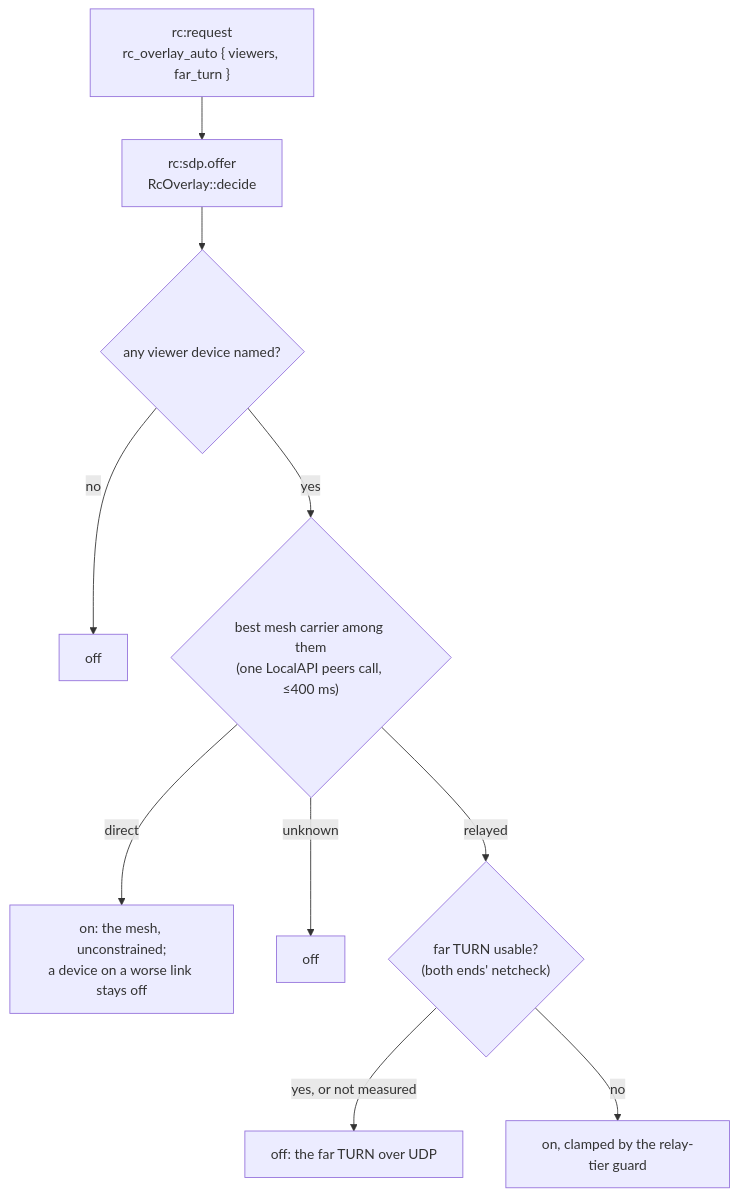
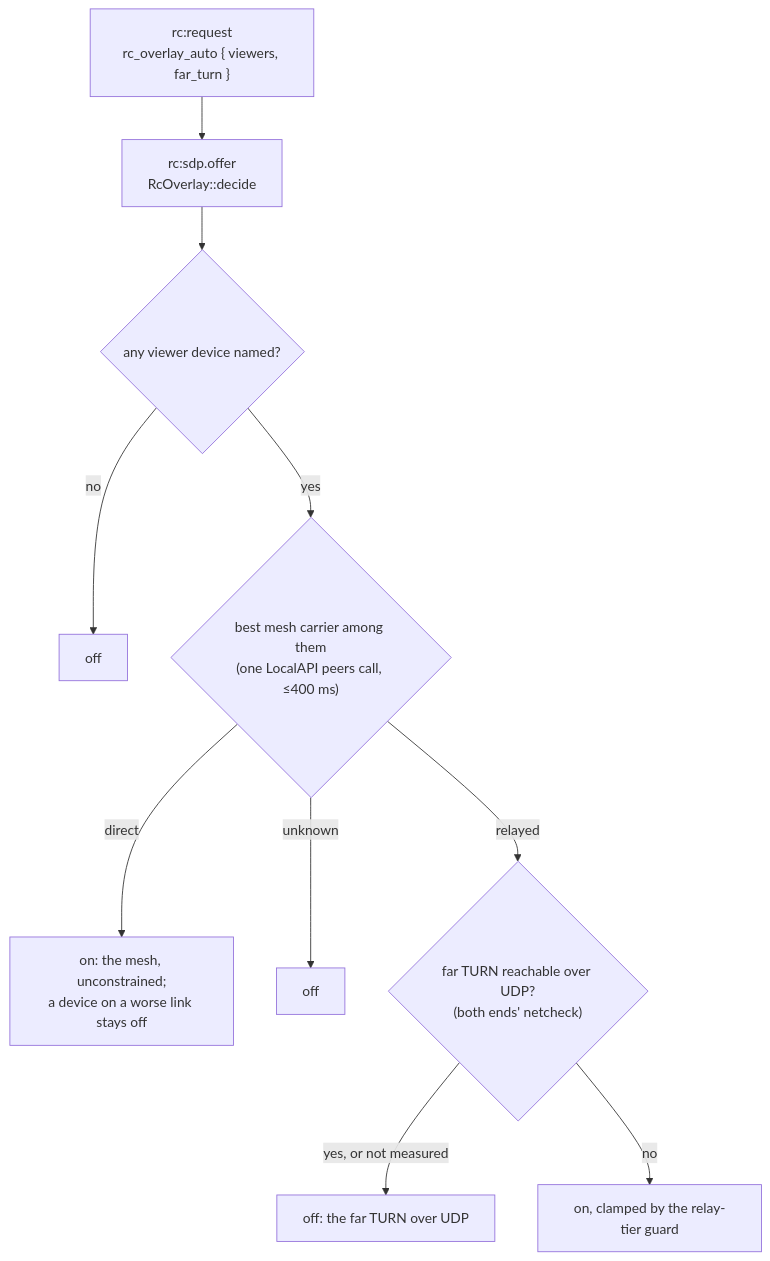
Before and after one commit to gjovanov/roomler-ai: the fourth of 42 diagrams in docs/remote-control.md, drawn with Mermaid. The commit also changed other lines of this file and 3 other files, not shown here.

````diff
--- a/docs/remote-control.md
+++ b/docs/remote-control.md
@@ -278,12 +278,12 @@
 ```mermaid
 flowchart TD
     R["rc:request<br/>rc_overlay_auto { viewers, far_turn }"] --> O["rc:sdp.offer<br/>RcOverlay::decide"]
     O --> V{"any viewer device named?"}
     V -->|no| OFF1["off"]
     V -->|yes| C{"best mesh carrier among them<br/>(one LocalAPI peers call, ≤400 ms)"}
     C -->|direct| ON1["on: the mesh, unconstrained;<br/>a device on a worse link stays off"]
     C -->|unknown| OFF2["off"]
-    C -->|relayed| T{"far TURN usable?<br/>(both ends' netcheck)"}
+    C -->|relayed| T{"far TURN reachable over UDP?<br/>(both ends' netcheck)"}
     T -->|yes, or not measured| OFF3["off: the far TURN over UDP"]
     T -->|no| ON2["on, clamped by the relay-tier guard"]
 ```
````
